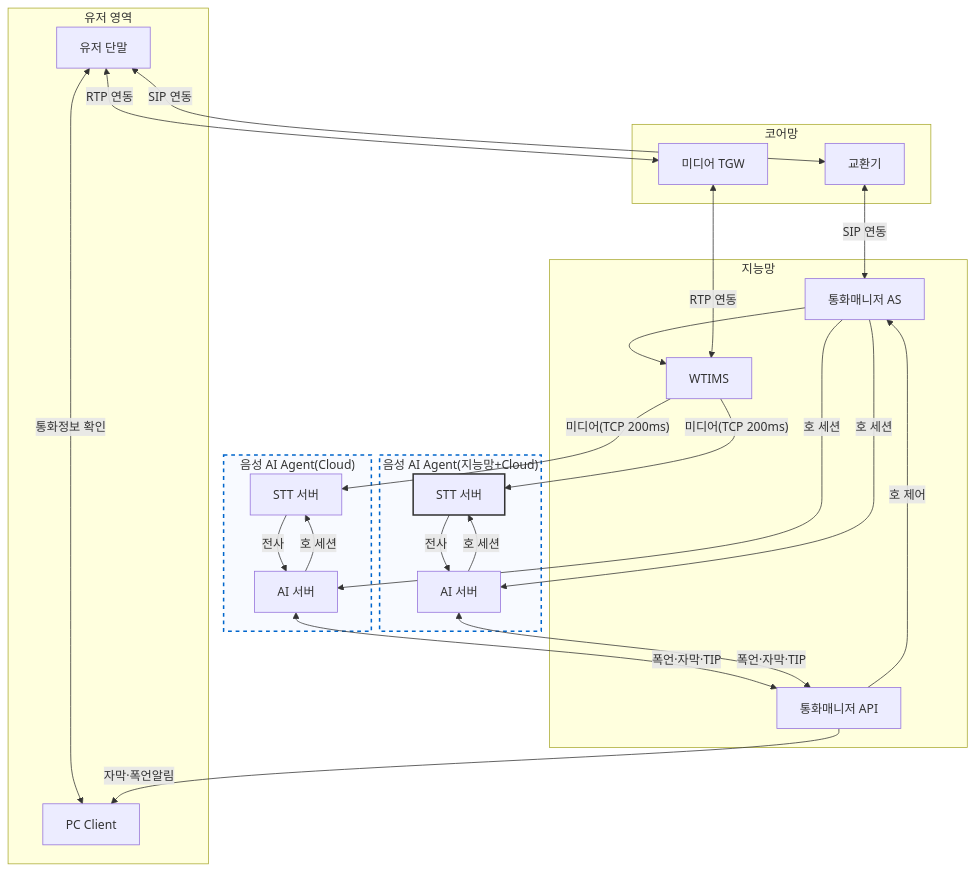
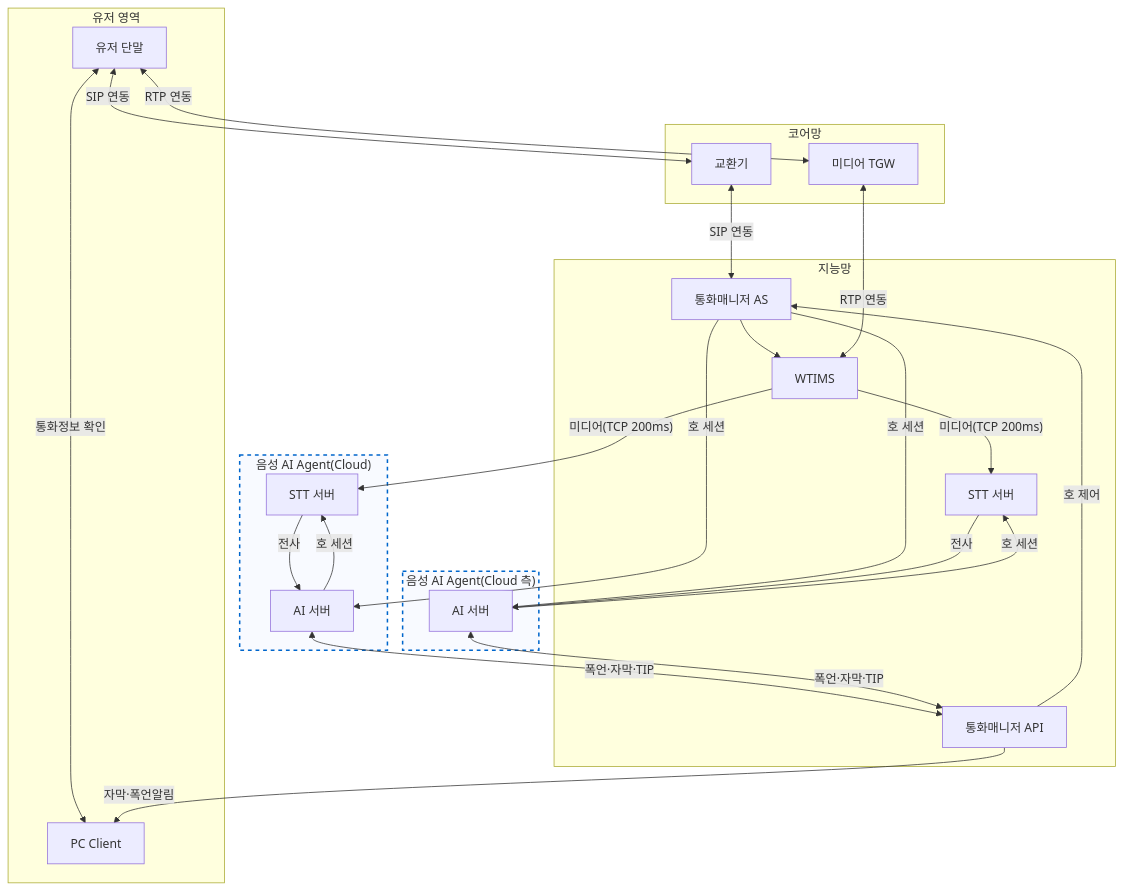
One commit to hak023/sip_pbx changed the diagram in docs/architecture/stt-agent-integration-options.md. Above: the diagram before and after it, drawn with Mermaid.

Commit message:
docs: Move STT server inside IN, separate AI server to Cloud box

````diff
--- a/docs/architecture/stt-agent-integration-options.md
+++ b/docs/architecture/stt-agent-integration-options.md
@@ -4,60 +4,57 @@
 ```mermaid
 flowchart TB
     subgraph USER_AREA["유저 영역"]
         USER[유저 단말]
         PC[PC Client]
     end
 
     subgraph CORE_NET["코어망"]
         EX[교환기]
         TGW[미디어 TGW]
     end
 
     subgraph CORE["지능망"]
         CM[통화매니저 AS]
         WT[WTIMS]
         CM_API[통화매니저 API]
+        IN_STT[STT 서버]
     end
 
     subgraph NEW_STT["음성 AI Agent(Cloud)"]
         style NEW_STT fill:#f8faff,stroke:#0066cc,stroke-width:2px,stroke-dasharray: 5 5
         
         STT[STT 서버]
         RT[AI 서버]
     end
 
-    subgraph HYBRID_STT["음성 AI Agent(지능망+Cloud)"]
+    subgraph HYBRID_STT["음성 AI Agent(Cloud 측)"]
         style HYBRID_STT fill:#f8faff,stroke:#0066cc,stroke-width:2px,stroke-dasharray: 5 5
         
-        IN_STT[STT 서버]
         RT2[AI 서버]
     end
-
-    %% 지능망 STT 서버 실선 스타일 지정
-    style IN_STT stroke:#333,stroke-width:2px
 
     EX <-->|SIP 연동| CM
     CM --> WT
     USER <-->|SIP 연동| EX
     USER <-->|RTP 연동| TGW
     TGW <-->|RTP 연동| WT
     USER <-->|통화정보 확인| PC
 
     %% 신규 연동 구간 (Cloud STT) - 실선 변경
     CM -->|호 세션| RT
     RT -->|호 세션| STT
     WT -->|"미디어(TCP 200ms)"| STT
     STT -->|전사| RT
 
     %% 신규 연동 구간 (지능망 내 STT) - 실선 변경
     CM -->|호 세션| RT2
     RT2 -->|호 세션| IN_STT
     WT -->|"미디어(TCP 200ms)"| IN_STT
     IN_STT -->|전사| RT2
 
     %% AI Agent 연동 - 실선 변경
     RT <-->|폭언·자막·TIP| CM_API
     RT2 <-->|폭언·자막·TIP| CM_API
     CM_API -->|호 제어| CM
     CM_API -->|자막·폭언알림| PC
 ```
````
